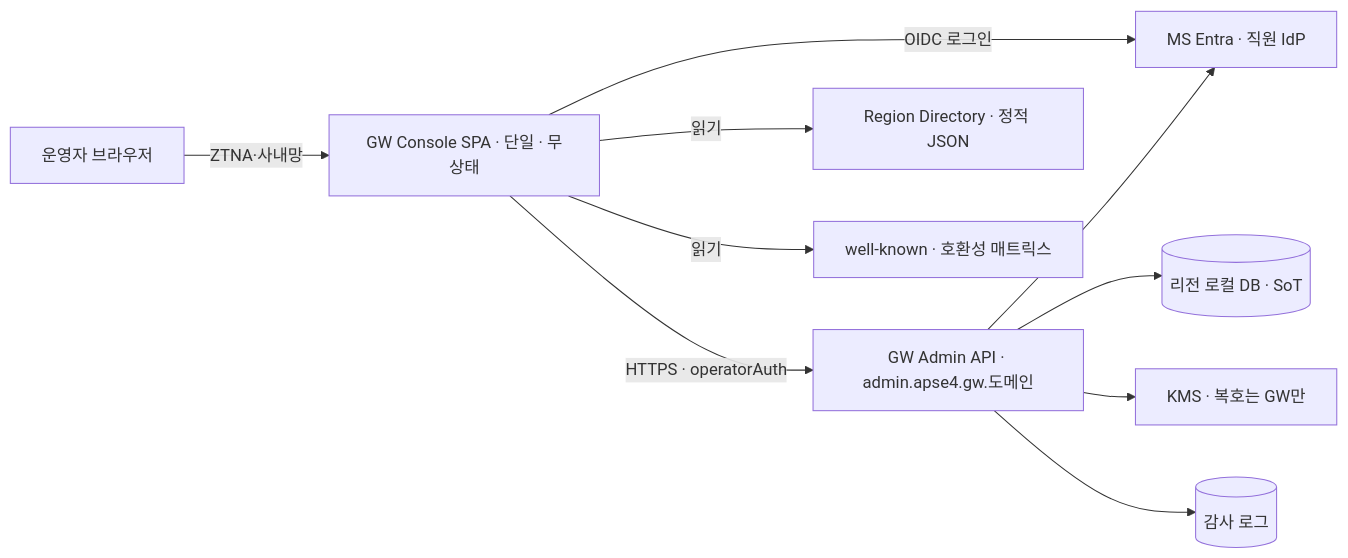
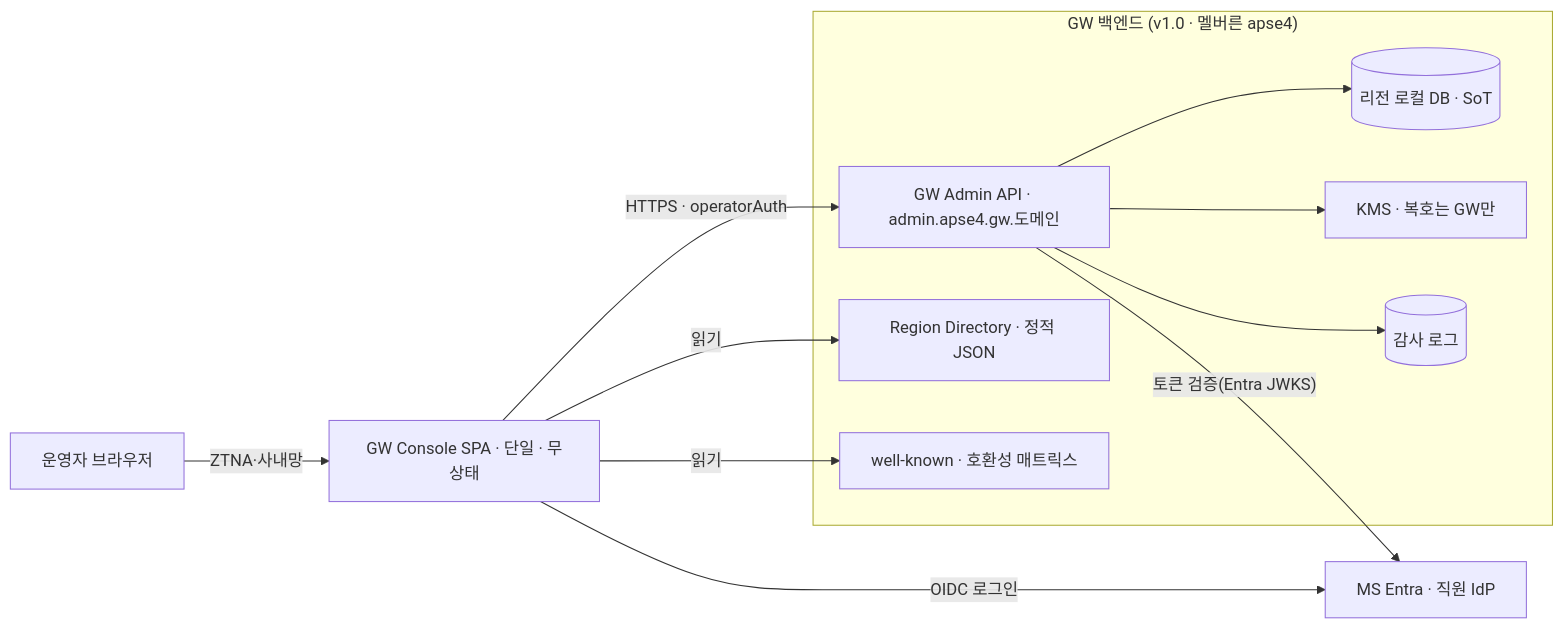
Before and after one commit to gracegyu/scp-architecture: the first of 9 diagrams in docs/VT_API_Gateway/08.VT_API_Gateway/specs/03c-subsrs-gw-console/SRS.md, drawn with Mermaid.

Commit message:
docs: Refactor SRS documentation for GW Console to improve backend structure and flow
Reorganized the SRS to encapsulate the GW backend components within a subgraph, enhancing the visual representation of interactions between the GW Admin API, local DB, KMS, and audit logs. This change aims to clarify the relationships and data flow within the system, contributing to a more coherent understanding of the backend architecture.

````diff
--- a/docs/VT_API_Gateway/08.VT_API_Gateway/specs/03c-subsrs-gw-console/SRS.md
+++ b/docs/VT_API_Gateway/08.VT_API_Gateway/specs/03c-subsrs-gw-console/SRS.md
@@ -120,12 +120,20 @@
 ```mermaid
 flowchart LR
   OP["운영자 브라우저"] -->|"ZTNA·사내망"| C["GW Console SPA · 단일 · 무상태"]
   C -->|"OIDC 로그인"| E["MS Entra · 직원 IdP"]
-  C -->|"HTTPS · operatorAuth"| A["GW Admin API · admin.apse4.gw.도메인"]
-  A --> E
-  A --> DB[("리전 로컬 DB · SoT")]
-  A --> KMS["KMS · 복호는 GW만"]
-  A --> AUD[("감사 로그")]
-  C -->|"읽기"| RD["Region Directory · 정적 JSON"]
-  C -->|"읽기"| WK["well-known · 호환성 매트릭스"]
+  subgraph GW["GW 백엔드 (v1.0 · 멜버른 apse4)"]
+    A["GW Admin API · admin.apse4.gw.도메인"]
+    DB[("리전 로컬 DB · SoT")]
+    KMS["KMS · 복호는 GW만"]
+    AUD[("감사 로그")]
+    RD["Region Directory · 정적 JSON"]
+    WK["well-known · 호환성 매트릭스"]
+    A --> DB
+    A --> KMS
+    A --> AUD
+  end
+  C -->|"HTTPS · operatorAuth"| A
+  A -->|"토큰 검증(Entra JWKS)"| E
+  C -->|"읽기"| RD
+  C -->|"읽기"| WK
 ```
````
